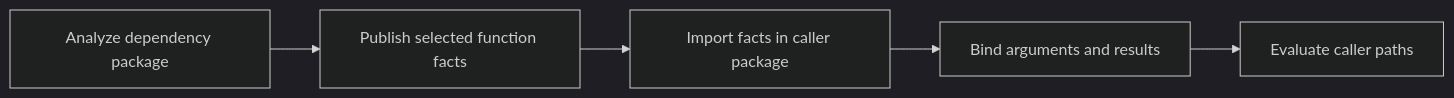
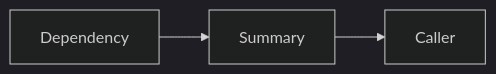
The third of 3 diagrams in talks/golangnyc/slides.md (alexandear-org/gohawk), drawn with Mermaid (dark theme) before and after one commit. The commit also changed other lines of this file, not shown here.

````diff
--- a/talks/golangnyc/slides.md
+++ b/talks/golangnyc/slides.md
@@ -408,7 +382,5 @@
 ```mermaid
 flowchart LR
-  D[Analyze dependency package] --> F[Publish selected function facts]
-  F --> I[Import facts in caller package]
-  I --> B[Bind arguments and results]
-  B --> P[Evaluate caller paths]
+  D[Dependency] --> F[Summary]
+  F --> I[Caller]
 ```
````
